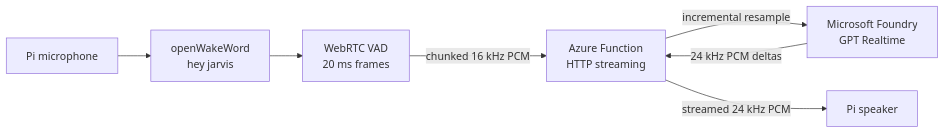
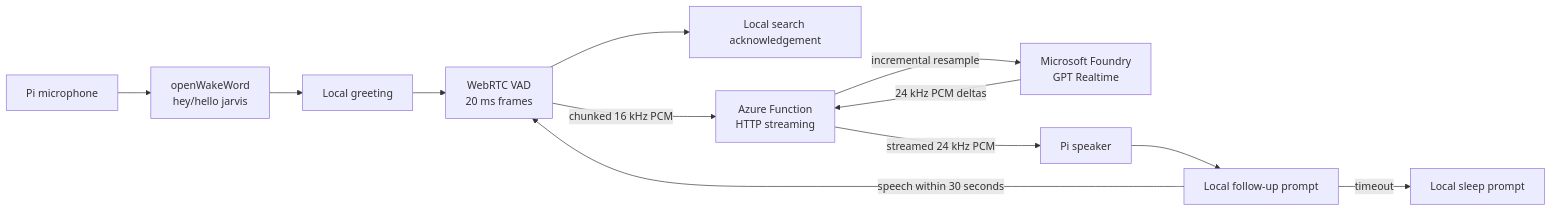
The diagram in _src/docs/architecture.md (khanasif1/jarvis-home-automation), drawn with Mermaid before and after one commit. The commit also changed other lines of this file and 22 other files, not shown here.

First line of the commit message:
Add multi-query Pi conversation flow

````diff
--- a/_src/docs/architecture.md
+++ b/_src/docs/architecture.md
@@ -5,9 +5,14 @@
 ```mermaid
 flowchart LR
-    Mic[Pi microphone] --> Wake[openWakeWord<br/>hey jarvis]
-    Wake --> VAD[WebRTC VAD<br/>20 ms frames]
+    Mic[Pi microphone] --> Wake[openWakeWord<br/>hey/hello jarvis]
+    Wake --> Greet[Local greeting]
+    Greet --> VAD[WebRTC VAD<br/>20 ms frames]
+    VAD --> Search[Local search acknowledgement]
     VAD -->|chunked 16 kHz PCM| Fn[Azure Function<br/>HTTP streaming]
     Fn -->|incremental resample| RT[Microsoft Foundry<br/>GPT Realtime]
     RT -->|24 kHz PCM deltas| Fn
     Fn -->|streamed 24 kHz PCM| Speaker[Pi speaker]
+    Speaker --> Follow[Local follow-up prompt]
+    Follow -->|speech within 30 seconds| VAD
+    Follow -->|timeout| Sleep[Local sleep prompt]
 ```
````
